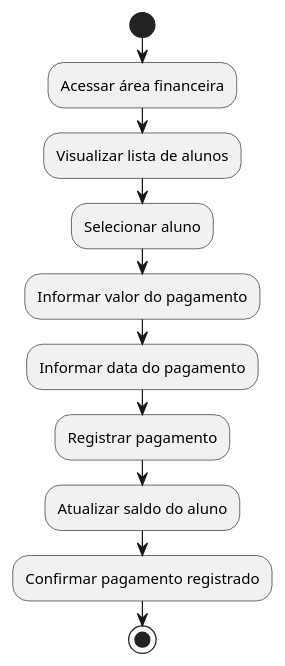
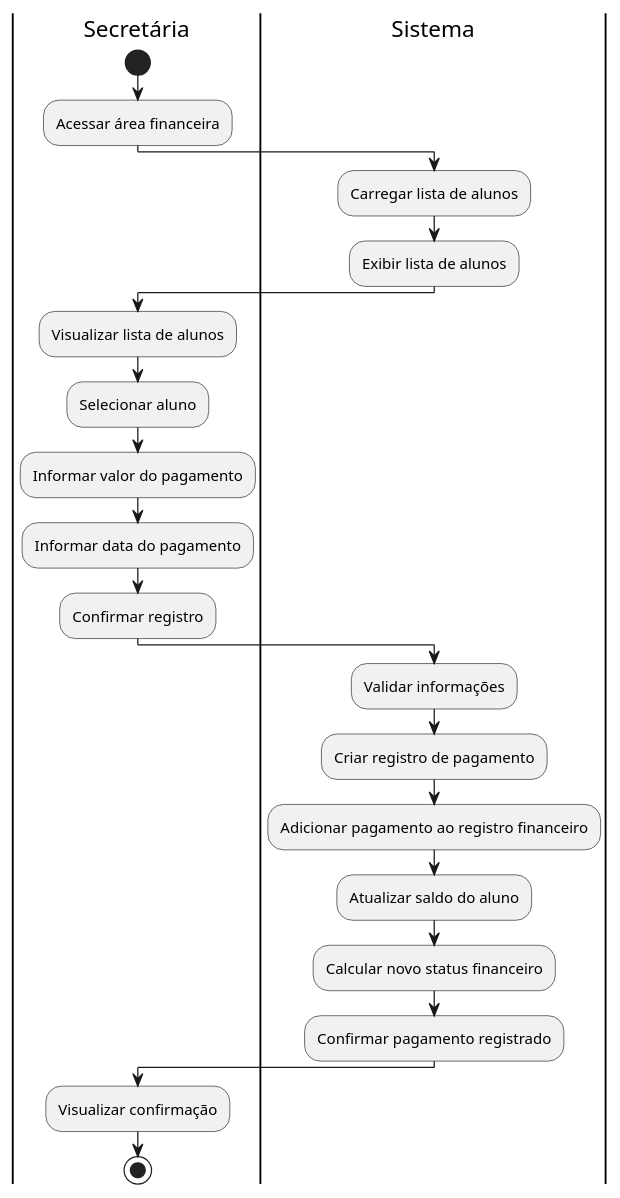
The diagram in atividades/Caso_10_Atividade.puml (viniciusdias2902/modelagem_uml), drawn with PlantUML before and after one commit. The commit also changed 32 other files, not shown here.

Commit message:
Correção dos diagramas de atividade

```diff
--- a/atividades/Caso_10_Atividade.puml
+++ b/atividades/Caso_10_Atividade.puml
@@ -1,12 +1,28 @@
 @startuml
+|Secretária|
 start
 :Acessar área financeira;
+
+|Sistema|
+:Carregar lista de alunos;
+:Exibir lista de alunos;
+
+|Secretária|
 :Visualizar lista de alunos;
 :Selecionar aluno;
 :Informar valor do pagamento;
 :Informar data do pagamento;
-:Registrar pagamento;
+:Confirmar registro;
+
+|Sistema|
+:Validar informações;
+:Criar registro de pagamento;
+:Adicionar pagamento ao registro financeiro;
 :Atualizar saldo do aluno;
+:Calcular novo status financeiro;
 :Confirmar pagamento registrado;
+
+|Secretária|
+:Visualizar confirmação;
 stop
 @enduml
```
